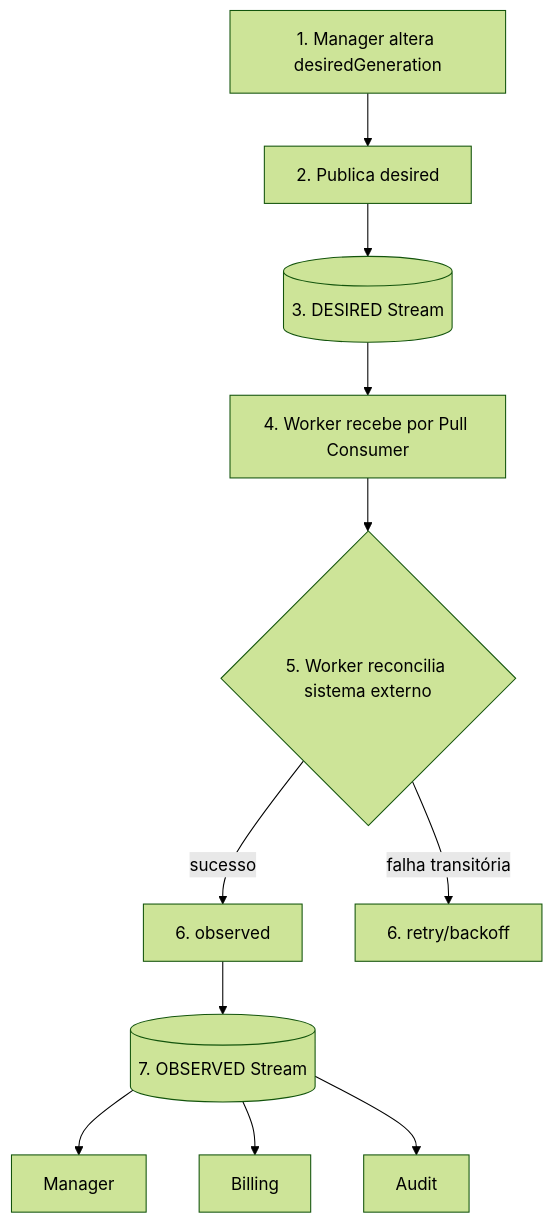
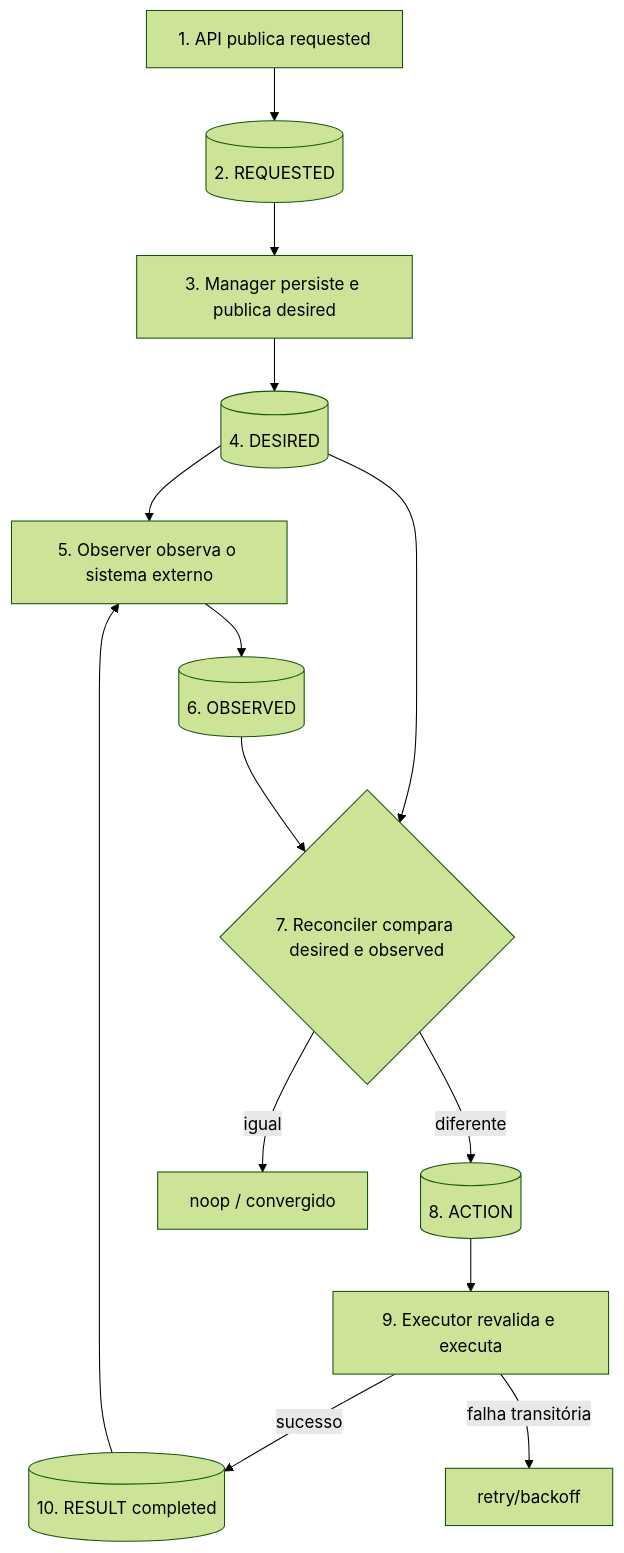
Before and after one commit to danielsabatini/smarkee: the sixth of 6 diagrams in docs/NATS.md, drawn with Mermaid (forest theme). The commit also changed other lines of this file, not shown here.

First line of the commit message:
docs(nats): alinhar ao MESSAGING e definir um stream por messageType

````diff
--- a/docs/NATS.md
+++ b/docs/NATS.md
@@ -725,13 +806,16 @@
 ```mermaid
 graph TD
-    1[1. Manager altera desiredGeneration] --> 2[2. Publica desired]
-    2 --> 3[(3. DESIRED Stream)]
-    3 --> 4[4. Worker recebe por Pull Consumer]
-    4 --> 5{5. Worker reconcilia sistema externo}
-    5 -->|sucesso| 6A[6. observed]
-    5 -->|falha transitória| 6B[6. retry/backoff]
-    6A --> 7[(7. OBSERVED Stream)]
-    7 --> 8A[Manager]
-    7 --> 8B[Billing]
-    7 --> 8C[Audit]
+    A[1. API publica requested] --> B[(2. REQUESTED)]
+    B --> C[3. Manager persiste e publica desired]
+    C --> D[(4. DESIRED)]
+    D --> E[5. Observer observa o sistema externo]
+    E --> F[(6. OBSERVED)]
+    D --> G{7. Reconciler compara desired e observed}
+    F --> G
+    G -->|diferente| H[(8. ACTION)]
+    H --> I[9. Executor revalida e executa]
+    I -->|sucesso| J[(10. RESULT completed)]
+    I -->|falha transitória| K[retry/backoff]
+    J --> E
+    G -->|igual| L[noop / convergido]
 ```
````
